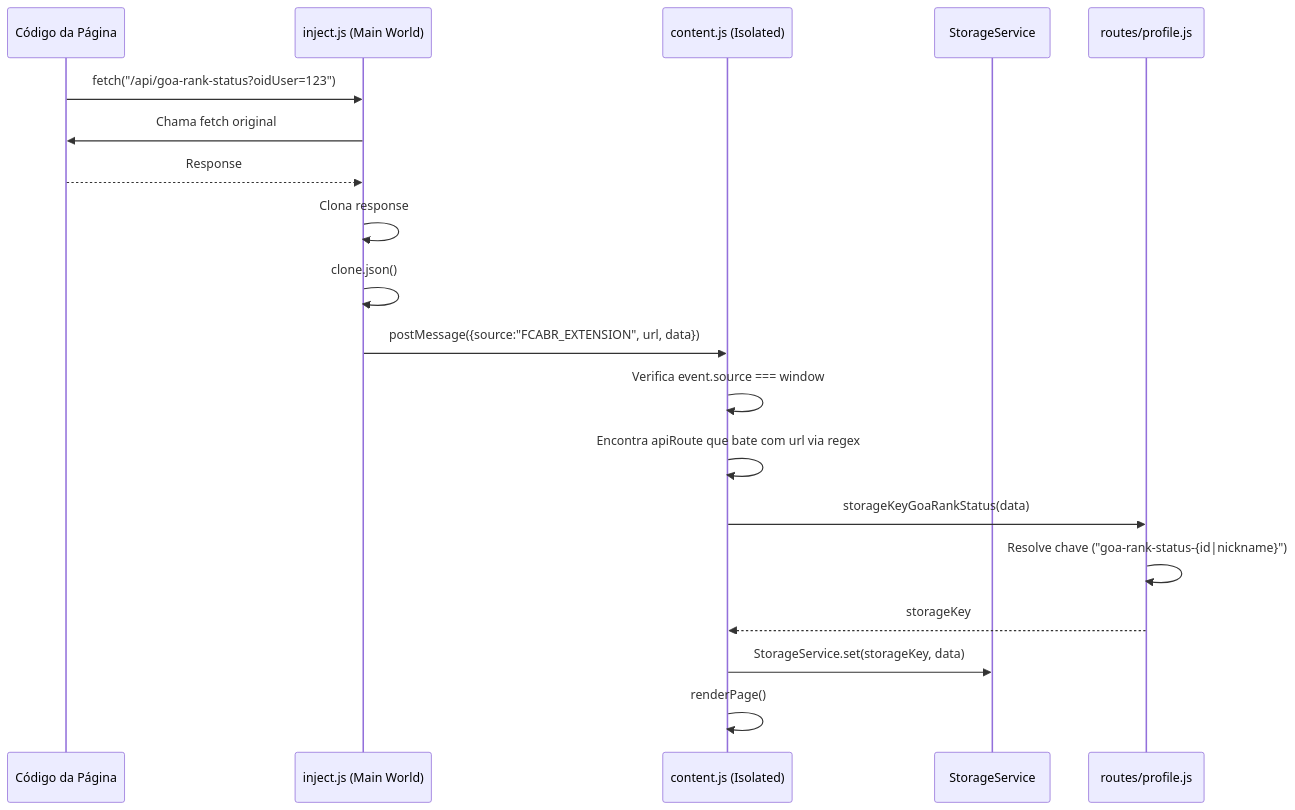
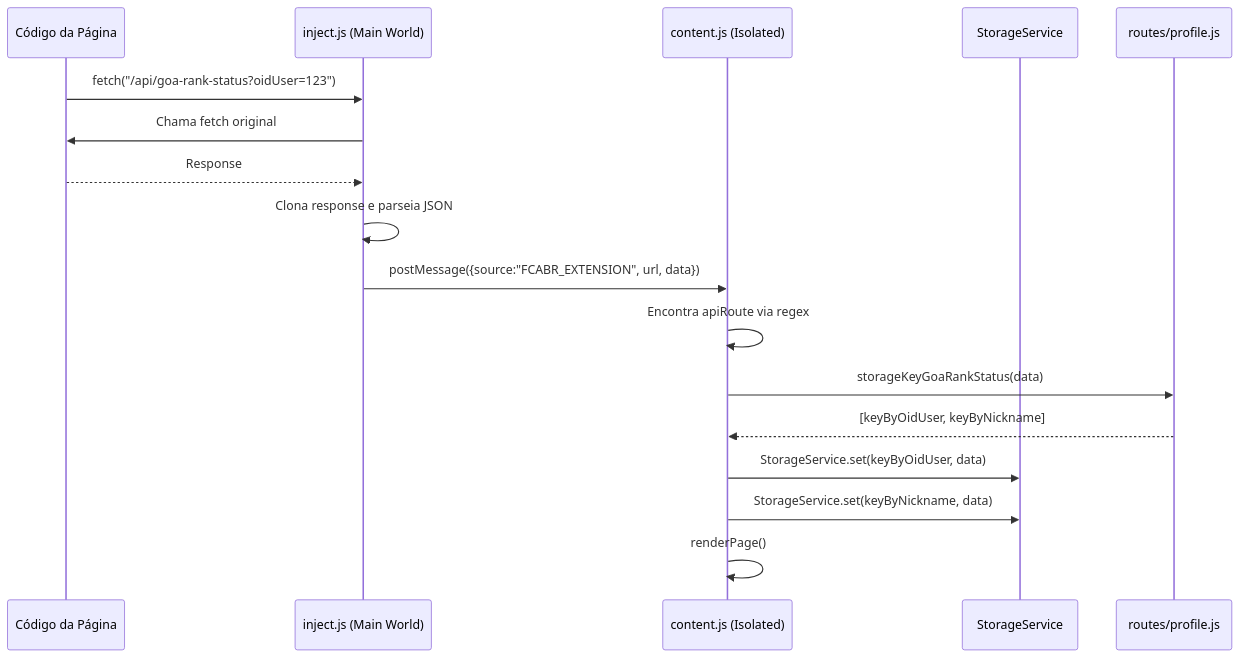
The second of 7 diagrams in documentation/FLOWS.md (rafaelandrade74/fcabr-booster), drawn with Mermaid before and after one commit. The commit also changed other lines of this file and 7 other files, not shown here.

````diff
--- a/documentation/FLOWS.md
+++ b/documentation/FLOWS.md
@@ -28,22 +33,20 @@
 ```mermaid
 sequenceDiagram
     participant Page as Código da Página
     participant Inject as inject.js (Main World)
     participant Content as content.js (Isolated)
     participant Storage as StorageService
     participant Profile as routes/profile.js
 
     Page->>Inject: fetch("/api/goa-rank-status?oidUser=123")
     Inject->>Page: Chama fetch original
     Page-->>Inject: Response
-    Inject->>Inject: Clona response
-    Inject->>Inject: clone.json()
+    Inject->>Inject: Clona response e parseia JSON
     Inject->>Content: postMessage({source:"FCABR_EXTENSION", url, data})
-    Content->>Content: Verifica event.source === window
-    Content->>Content: Encontra apiRoute que bate com url via regex
+    Content->>Content: Encontra apiRoute via regex
     Content->>Profile: storageKeyGoaRankStatus(data)
-    Profile->>Profile: Resolve chave ("goa-rank-status-{id|nickname}")
-    Profile-->>Content: storageKey
-    Content->>Storage: StorageService.set(storageKey, data)
+    Profile-->>Content: [keyByOidUser, keyByNickname]
+    Content->>Storage: StorageService.set(keyByOidUser, data)
+    Content->>Storage: StorageService.set(keyByNickname, data)
     Content->>Content: renderPage()
 ```
````
